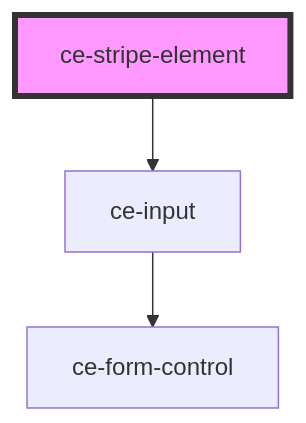
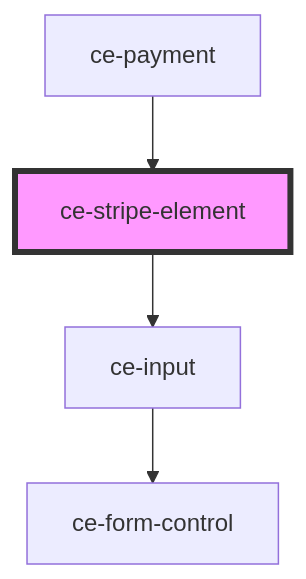
One commit to surecart/surecart-wp-plugin changed the diagram in packages/components/docs/components/ui/stripe-element/readme.md. Above: the diagram before and after it, drawn with Mermaid. The commit also changed other lines of this file and 50 other files, not shown here.

````diff
--- a/packages/components/docs/components/ui/stripe-element/readme.md
+++ b/packages/components/docs/components/ui/stripe-element/readme.md
@@ -27,6 +31,7 @@
 ```mermaid
 graph TD;
   ce-stripe-element --> ce-input
   ce-input --> ce-form-control
+  ce-payment --> ce-stripe-element
   style ce-stripe-element fill:#f9f,stroke:#333,stroke-width:4px
 ```
````
